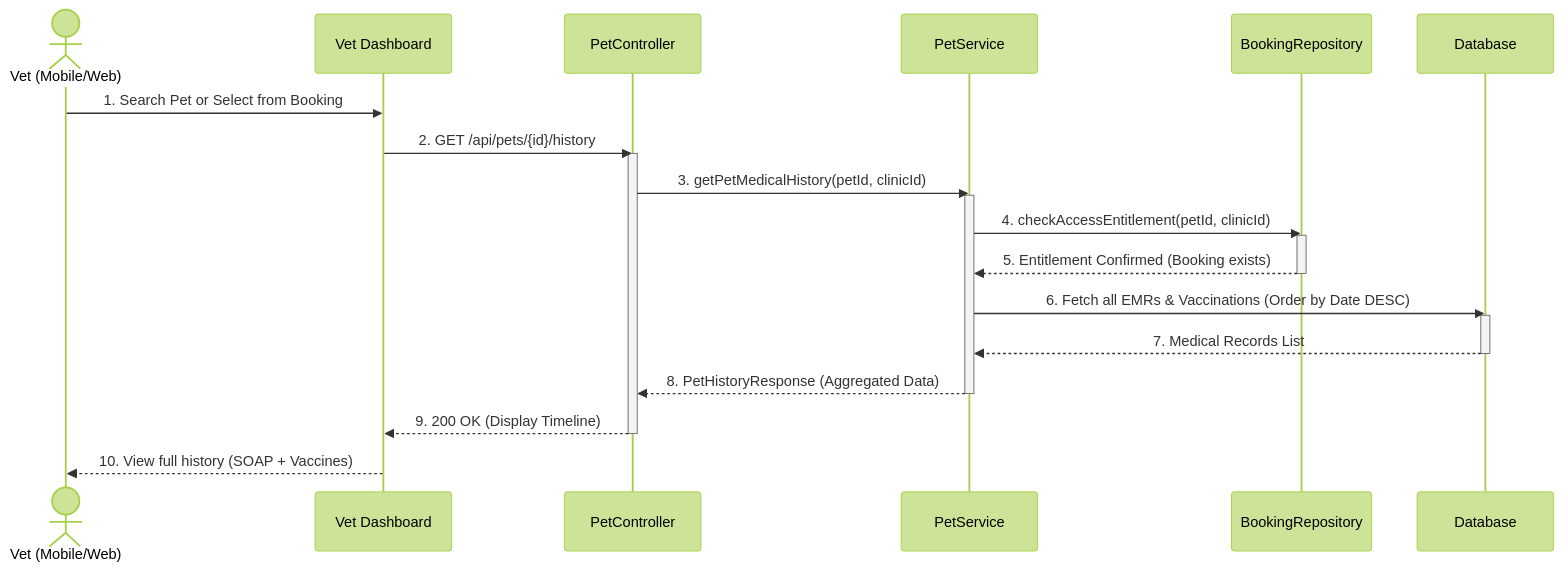
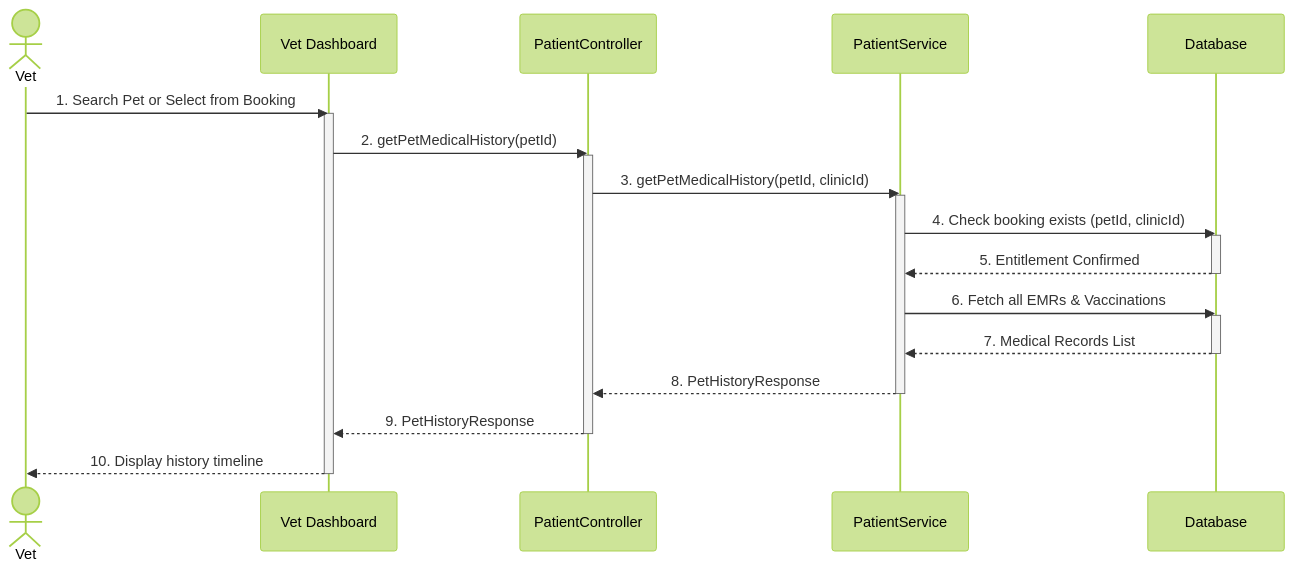
Diagram 26 of 28 in docs-references/documentation/SDD/REPORT_4_SDD_SYSTEM_DESIGN.md (espresso23/Petties-Veterinary-Appointment-Booking-Platform), drawn with Mermaid (forest theme) before and after one commit. The commit also changed other lines of this file and 3 other files, not shown here.

Commit message:
docs: standardize SRS/SDD formats and fix sequence diagram notation

````diff
--- a/docs-references/documentation/SDD/REPORT_4_SDD_SYSTEM_DESIGN.md
+++ b/docs-references/documentation/SDD/REPORT_4_SDD_SYSTEM_DESIGN.md
@@ -1286,31 +1758,29 @@
 ```mermaid
 sequenceDiagram
-    actor V as Vet (Mobile/Web)
+    actor V as Vet
     participant UI as Vet Dashboard
-    participant PC as PetController
-    participant PS as PetService
-    participant BR as BookingRepository
+    participant PC as PatientController
+    participant PS as PatientService
     participant DB as Database
 
     V->>UI: 1. Search Pet or Select from Booking
-    UI->>PC: 2. GET /api/pets/{id}/history
+    activate UI
+    UI->>PC: 2. getPetMedicalHistory(petId)
     activate PC
     PC->>PS: 3. getPetMedicalHistory(petId, clinicId)
     activate PS
-    
-    PS->>BR: 4. checkAccessEntitlement(petId, clinicId)
-    activate BR
-    BR-->>PS: 5. Entitlement Confirmed (Booking exists)
-    deactivate BR
-    
-    PS->>DB: 6. Fetch all EMRs & Vaccinations (Order by Date DESC)
+    PS->>DB: 4. Check booking exists (petId, clinicId)
+    activate DB
+    DB-->>PS: 5. Entitlement Confirmed
+    deactivate DB
+    PS->>DB: 6. Fetch all EMRs & Vaccinations
     activate DB
     DB-->>PS: 7. Medical Records List
     deactivate DB
-    
-    PS-->>PC: 8. PetHistoryResponse (Aggregated Data)
+    PS-->>PC: 8. PetHistoryResponse
     deactivate PS
-    PC-->>UI: 9. 200 OK (Display Timeline)
+    PC-->>UI: 9. PetHistoryResponse
     deactivate PC
-    UI-->>V: 10. View full history (SOAP + Vaccines)
+    UI-->>V: 10. Display history timeline
+    deactivate UI
 ```
````
